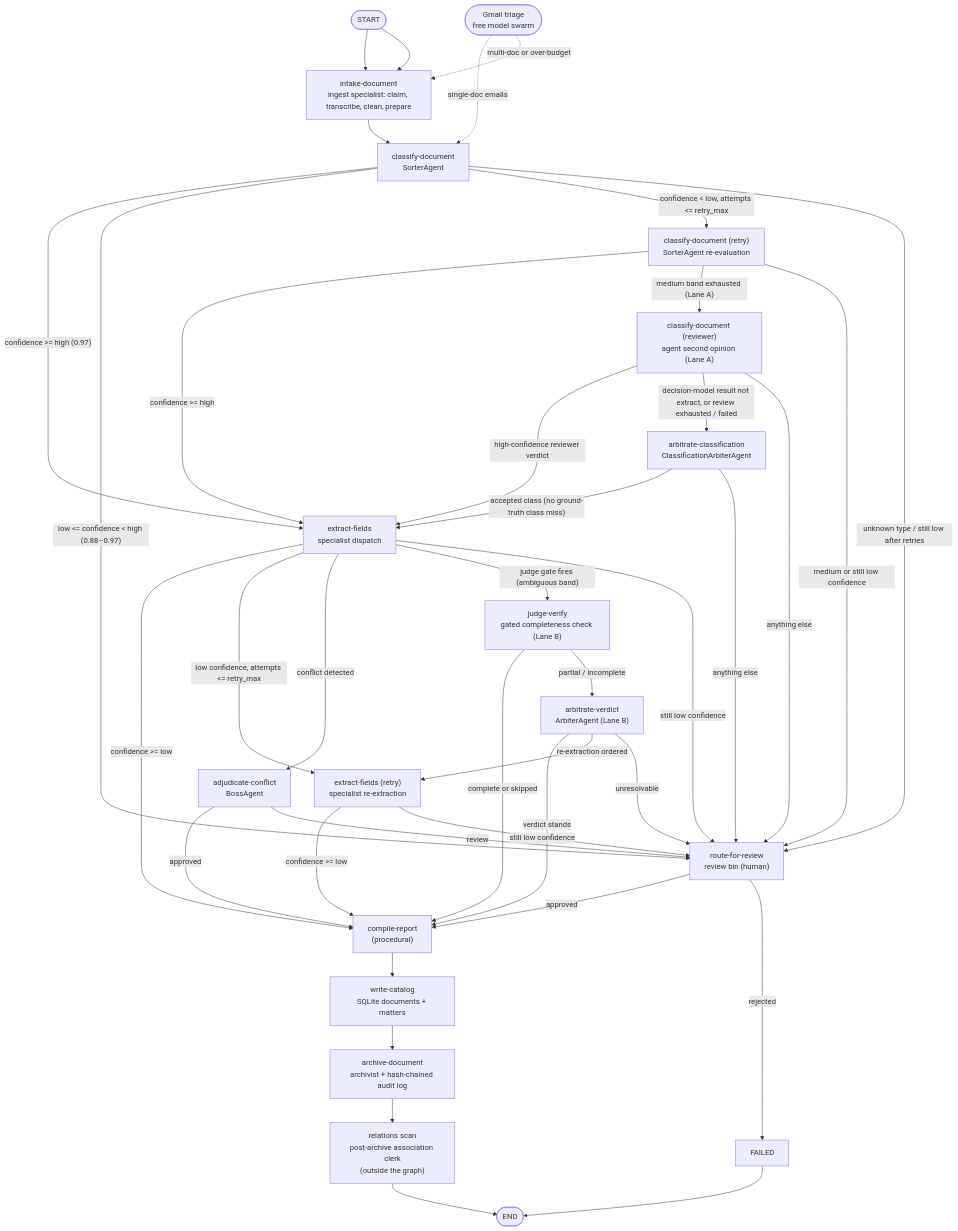
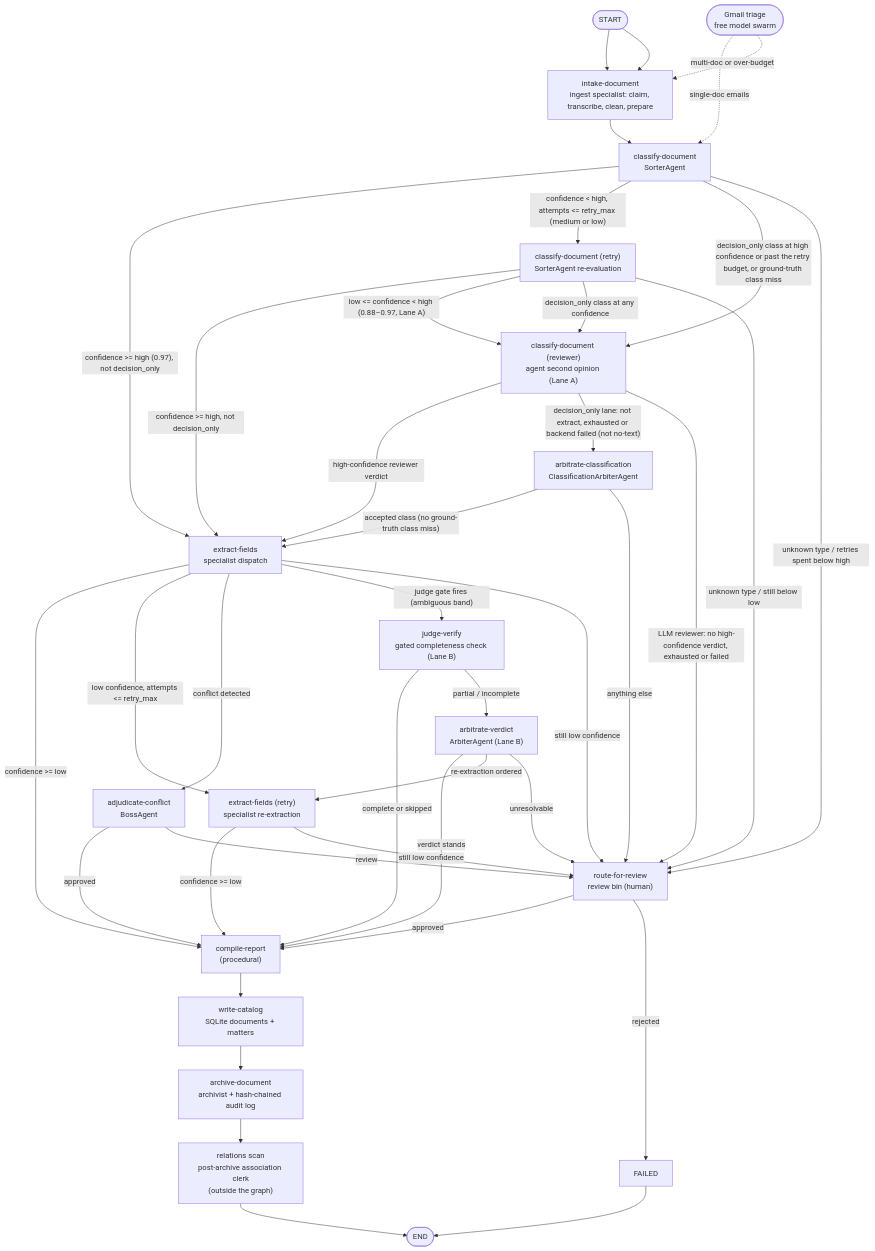
Before and after one commit to Exios66/llm-mailroom: the first of 2 diagrams in README.md, drawn with Mermaid. The commit also changed other lines of this file and 18 other files, not shown here.

````diff
--- a/README.md
+++ b/README.md
@@ -285,61 +285,63 @@
 ```mermaid
+%% Production routing with oracle routing off. Cutoffs shown are the global defaults; per-class overrides in taxonomy.yaml (for example corporate_record) shift them.
 flowchart TD
     START([START]) --> INTAKE
 
     INTAKE["intake-document<br/>ingest specialist: claim, transcribe, clean, prepare"]
     CLASSIFY["classify-document<br/>SorterAgent"]
     RETRY_CLASS["classify-document (retry)<br/>SorterAgent re-evaluation"]
     REVIEW_CLASS["classify-document (reviewer)<br/>agent second opinion (Lane A)"]
     CLASS_ARBITER["arbitrate-classification<br/>ClassificationArbiterAgent"]
     EXTRACT["extract-fields<br/>specialist dispatch"]
     RETRY_EXTRACT["extract-fields (retry)<br/>specialist re-extraction"]
     JUDGE["judge-verify<br/>gated completeness check (Lane B)"]
     ARBITER["arbitrate-verdict<br/>ArbiterAgent (Lane B)"]
     BOSS["adjudicate-conflict<br/>BossAgent"]
     REVIEW["route-for-review<br/>review bin (human)"]
     REPORT["compile-report<br/>(procedural)"]
     CATALOG["write-catalog<br/>SQLite documents + matters"]
     ARCHIVE["archive-document<br/>archivist + hash-chained audit log"]
     RELATIONS["relations scan<br/>post-archive association clerk<br/>(outside the graph)"]
     FAILED["FAILED"]
     ENDX([END])
 
     START --> INTAKE
     INTAKE --> CLASSIFY
 
-    CLASSIFY -- "confidence >= high (0.97)" --> EXTRACT
-    CLASSIFY -- "low <= confidence < high (0.88–0.97)" --> REVIEW
-    CLASSIFY -- "confidence < low, attempts <= retry_max" --> RETRY_CLASS
-    CLASSIFY -- "unknown type / still low after retries" --> REVIEW
-    RETRY_CLASS -- "confidence >= high" --> EXTRACT
-    RETRY_CLASS -- "medium band exhausted (Lane A)" --> REVIEW_CLASS
-    RETRY_CLASS -- "medium or still low confidence" --> REVIEW
+    CLASSIFY -- "confidence >= high (0.97), not decision_only" --> EXTRACT
+    CLASSIFY -- "confidence < high, attempts <= retry_max (medium or low)" --> RETRY_CLASS
+    CLASSIFY -- "decision_only class at high confidence or past the retry budget, or ground-truth class miss" --> REVIEW_CLASS
+    CLASSIFY -- "unknown type / retries spent below high" --> REVIEW
+    RETRY_CLASS -- "confidence >= high, not decision_only" --> EXTRACT
+    RETRY_CLASS -- "low <= confidence < high (0.88–0.97, Lane A)" --> REVIEW_CLASS
+    RETRY_CLASS -- "decision_only class at any confidence" --> REVIEW_CLASS
+    RETRY_CLASS -- "unknown type / still below low" --> REVIEW
     REVIEW_CLASS -- "high-confidence reviewer verdict" --> EXTRACT
-    REVIEW_CLASS -- "decision-model result not extract, or review exhausted / failed" --> CLASS_ARBITER
-    REVIEW_CLASS -- "anything else" --> REVIEW
+    REVIEW_CLASS -- "decision_only lane: not extract, exhausted or backend failed (not no-text)" --> CLASS_ARBITER
+    REVIEW_CLASS -- "LLM reviewer: no high-confidence verdict, exhausted or failed" --> REVIEW
     CLASS_ARBITER -- "accepted class (no ground-truth class miss)" --> EXTRACT
     CLASS_ARBITER -- "anything else" --> REVIEW
 
     EXTRACT -- "confidence >= low" --> REPORT
     EXTRACT -- "low confidence, attempts <= retry_max" --> RETRY_EXTRACT
     EXTRACT -- "conflict detected" --> BOSS
     EXTRACT -- "judge gate fires (ambiguous band)" --> JUDGE
     EXTRACT -- "still low confidence" --> REVIEW
     RETRY_EXTRACT -- "confidence >= low" --> REPORT
     RETRY_EXTRACT -- "still low confidence" --> REVIEW
 
     JUDGE -- "complete or skipped" --> REPORT
     JUDGE -- "partial / incomplete" --> ARBITER
     ARBITER -- "verdict stands" --> REPORT
     ARBITER -- "re-extraction ordered" --> RETRY_EXTRACT
     ARBITER -- "unresolvable" --> REVIEW
     BOSS -- "approved" --> REPORT
     BOSS -- "review" --> REVIEW
     REVIEW -- "approved" --> REPORT
     REVIEW -- "rejected" --> FAILED --> ENDX
 
     REPORT --> CATALOG --> ARCHIVE --> RELATIONS --> ENDX
 
     GMAIL([Gmail triage<br/>free model swarm]) -.->|single-doc emails| CLASSIFY
     GMAIL -.->|multi-doc or over-budget| INTAKE
 ```
````
